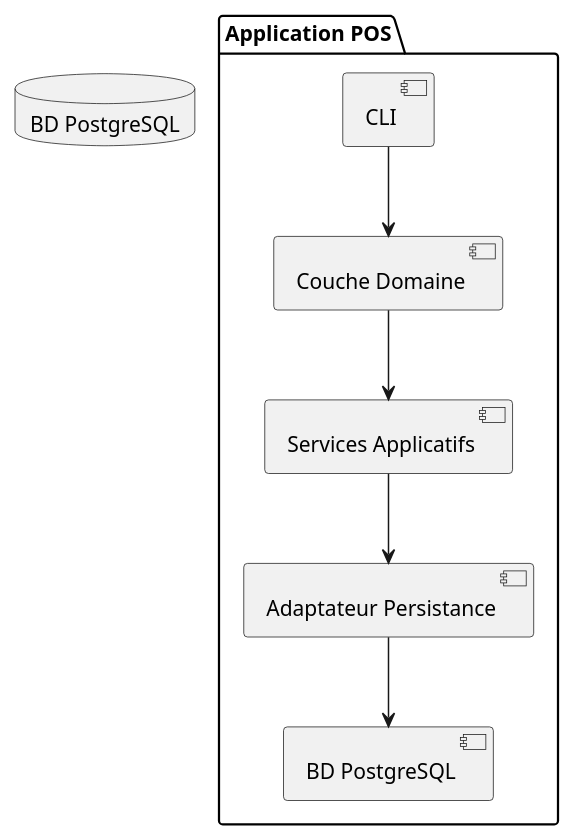
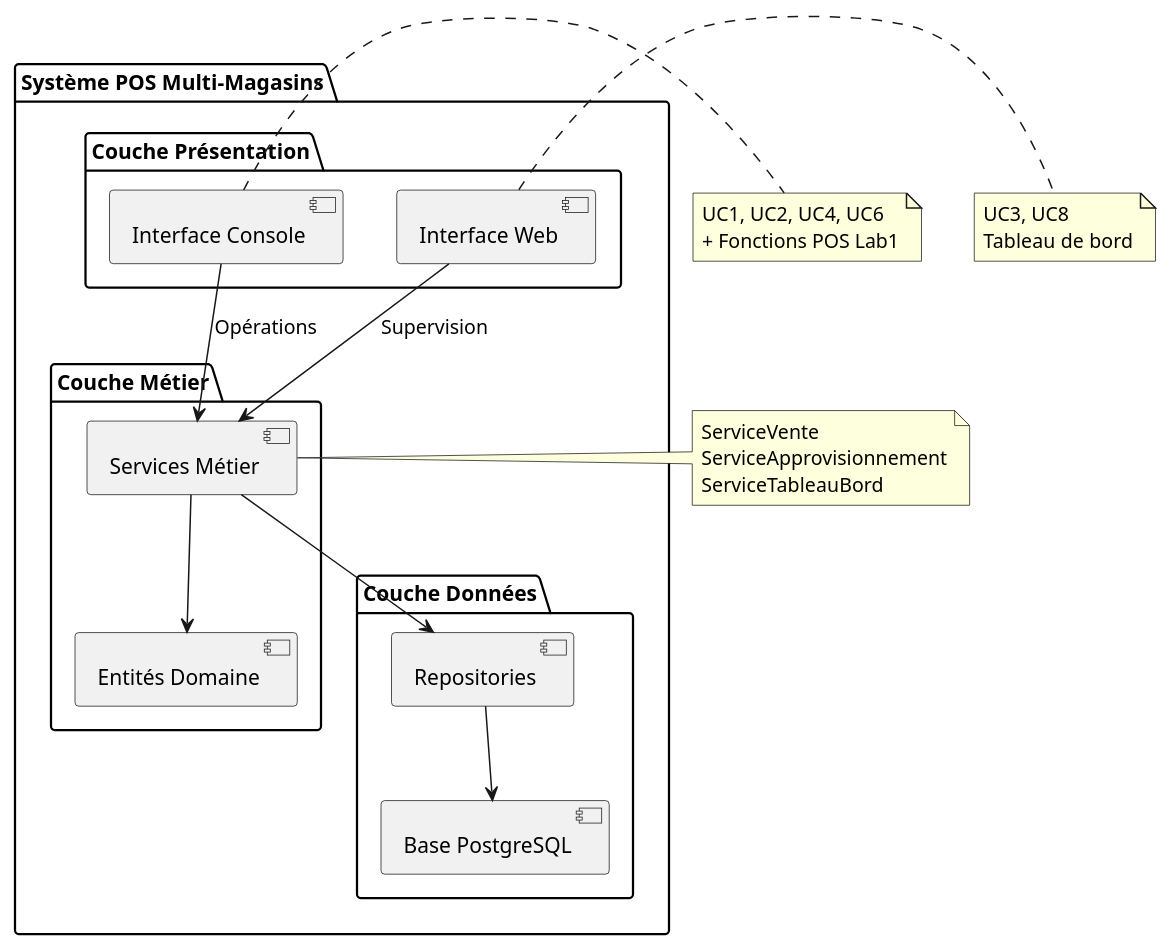
One commit to MelvinSDRS/log430-lab7-bis changed the diagram in docs/uml/composants.puml. Above: the diagram before and after it, drawn with PlantUML. The commit also changed 47 other files, not shown here.

```diff
--- a/docs/uml/composants.puml
+++ b/docs/uml/composants.puml
@@ -1,9 +1,47 @@
 @startuml
-package "Application POS" {
-  [CLI] --> [Couche Domaine]
-  [Couche Domaine] --> [Services Applicatifs]
-  [Services Applicatifs] --> [Adaptateur Persistance]
-  [Adaptateur Persistance] --> [BD PostgreSQL]
+package "Système POS Multi-Magasins" {
+
+  ' Interfaces utilisateur
+  package "Couche Présentation" {
+    [Interface Console] as CONSOLE
+    [Interface Web] as WEB
+  }
+  
+  ' Logique métier centralisée
+  package "Couche Métier" {
+    [Services Métier] as SERVICES
+    [Entités Domaine] as ENTITIES
+  }
+  
+  ' Persistance
+  package "Couche Données" {
+    [Repositories] as REPOS
+    [Base PostgreSQL] as DB
+  }
 }
-database "BD PostgreSQL" as db
+
+' Relations
+CONSOLE --> SERVICES : Opérations
+WEB --> SERVICES : Supervision
+SERVICES --> ENTITIES
+SERVICES --> REPOS
+REPOS --> DB
+
+' Annotations
+note right of CONSOLE
+  UC1, UC2, UC4, UC6
+  + Fonctions POS Lab1
+end note
+
+note right of WEB
+  UC3, UC8
+  Tableau de bord
+end note
+
+note right of SERVICES
+  ServiceVente
+  ServiceApprovisionnement
+  ServiceTableauBord
+end note
+
 @enduml
```
